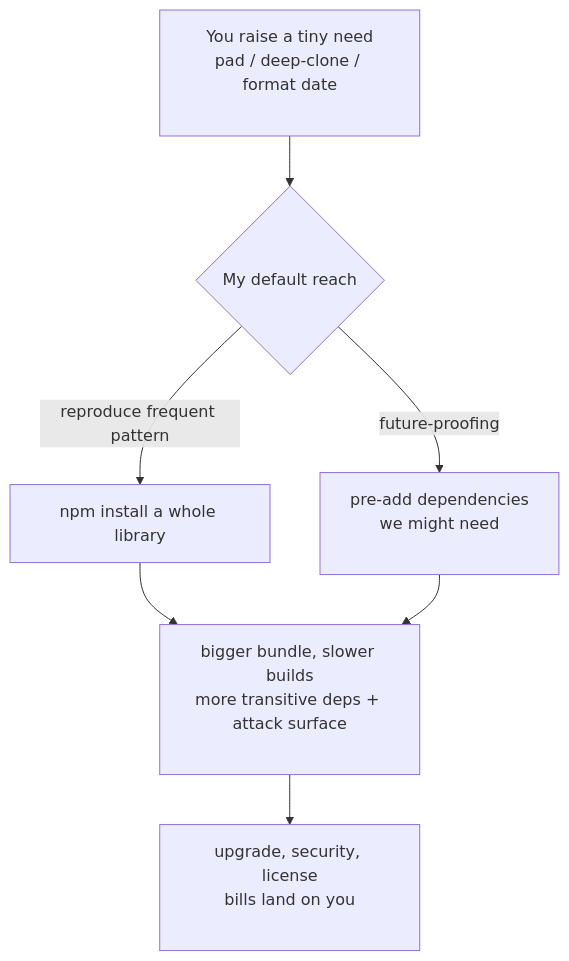
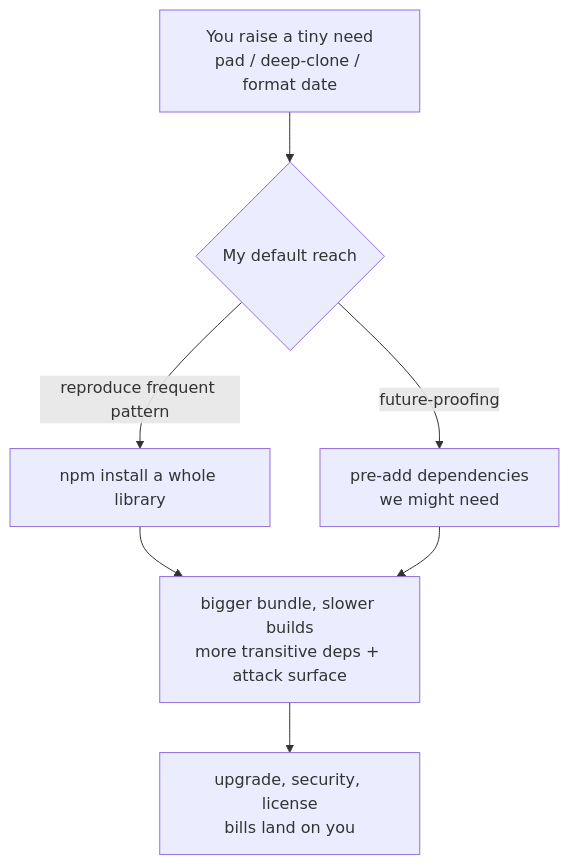
Before and after one commit to XuebinMa/AIWiki: the diagram in i18n/en/docusaurus-plugin-content-docs/current/03-architecture/dependency-bloat.mdx, drawn with Mermaid. The commit also changed 99 other files, not shown here.

First line of the commit message:
fix(mermaid): 全局根治节点文字裁切（htmlLabels:false + 清理 br/nbsp 占位）(#26)

````diff
--- a/i18n/en/docusaurus-plugin-content-docs/current/03-architecture/dependency-bloat.mdx
+++ b/i18n/en/docusaurus-plugin-content-docs/current/03-architecture/dependency-bloat.mdx
@@ -43,9 +43,9 @@
 ```mermaid
 flowchart TD
-    A[You raise a tiny need<br/>pad / deep-clone / format date<br/>&nbsp;] --> B{My default reach}
+    A[You raise a tiny need<br/>pad / deep-clone / format date] --> B{My default reach}
     B -->|reproduce frequent pattern| C[npm install a whole library]
-    B -->|future-proofing| D[pre-add dependencies<br/>we might need<br/>&nbsp;]
-    C --> E[bigger bundle, slower builds<br/>more transitive deps + attack surface<br/>&nbsp;]
+    B -->|future-proofing| D[pre-add dependencies<br/>we might need]
+    C --> E[bigger bundle, slower builds<br/>more transitive deps + attack surface]
     D --> E
-    E --> F[upgrade, security, license<br/>bills land on you<br/>&nbsp;]
+    E --> F[upgrade, security, license<br/>bills land on you]
 ```
````
